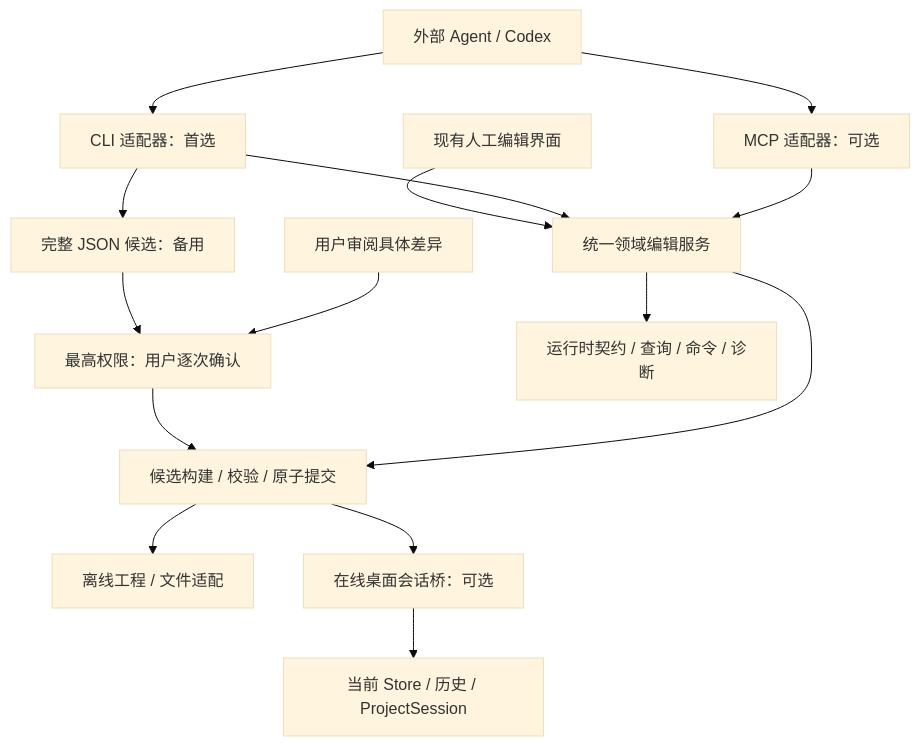
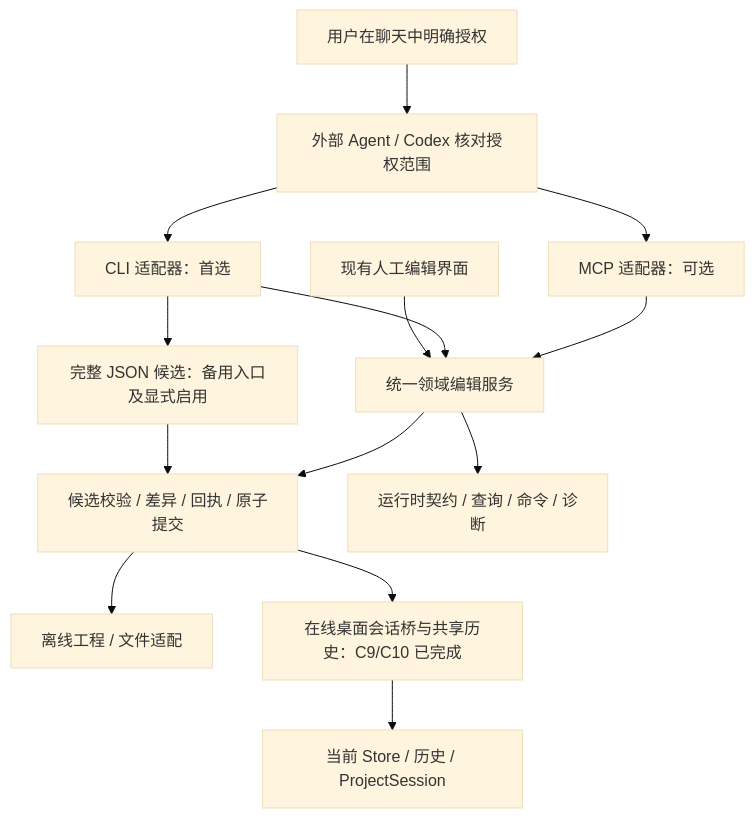
Before and after one commit to starryforest-ymxk/PuzzleEditor: the diagram in overview/dev/AI_Automation_Development_Plan.md, drawn with Mermaid (base theme). The commit also changed other lines of this file and 423 other files, not shown here.

````diff
--- a/overview/dev/AI_Automation_Development_Plan.md
+++ b/overview/dev/AI_Automation_Development_Plan.md
@@ -151,17 +153,16 @@
 ```mermaid
 flowchart TD
-  Agent[外部 Agent / Codex] --> CLI[CLI 适配器：首选]
+  Human[用户在聊天中明确授权] --> Agent[外部 Agent / Codex 核对授权范围]
+  Agent --> CLI[CLI 适配器：首选]
   Agent --> MCP[MCP 适配器：可选]
   UI[现有人工编辑界面] --> Core[统一领域编辑服务]
   CLI --> Core
   MCP --> Core
-  CLI --> Raw[完整 JSON 候选：备用]
-  Raw --> Approval[最高权限：用户逐次确认]
-  Human[用户审阅具体差异] --> Approval
-  Approval --> Transaction
+  CLI --> Raw[完整 JSON 候选：备用入口及显式启用]
+  Raw --> Transaction[候选校验 / 差异 / 回执 / 原子提交]
   Core --> Contract[运行时契约 / 查询 / 命令 / 诊断]
-  Core --> Transaction[候选构建 / 校验 / 原子提交]
+  Core --> Transaction
   Transaction --> Offline[离线工程 / 文件适配]
-  Transaction --> Bridge[在线桌面会话桥：可选]
+  Transaction --> Bridge[在线桌面会话桥与共享历史：C9/C10 已完成]
   Bridge --> Store[当前 Store / 历史 / ProjectSession]
 ```
````
